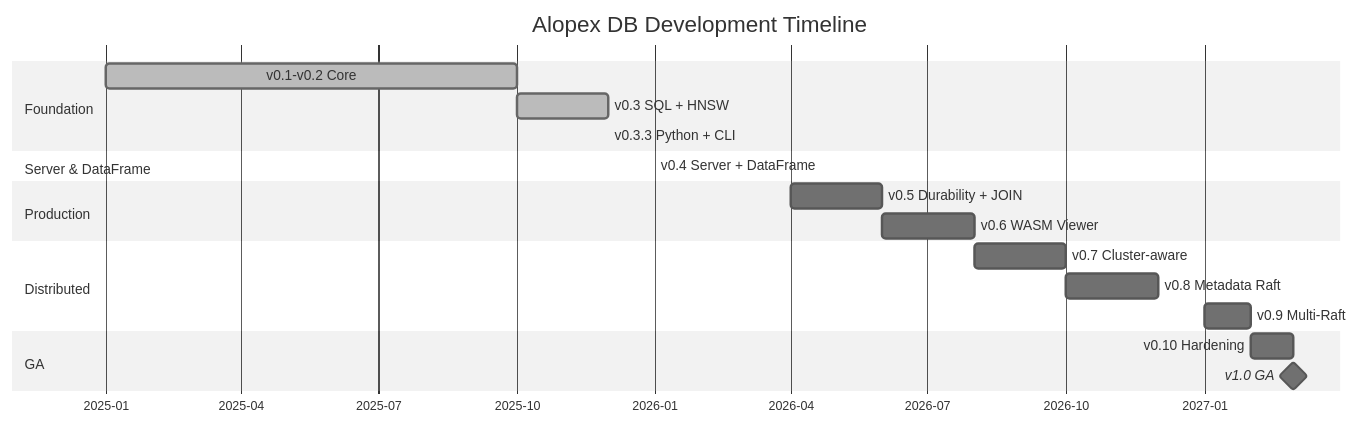
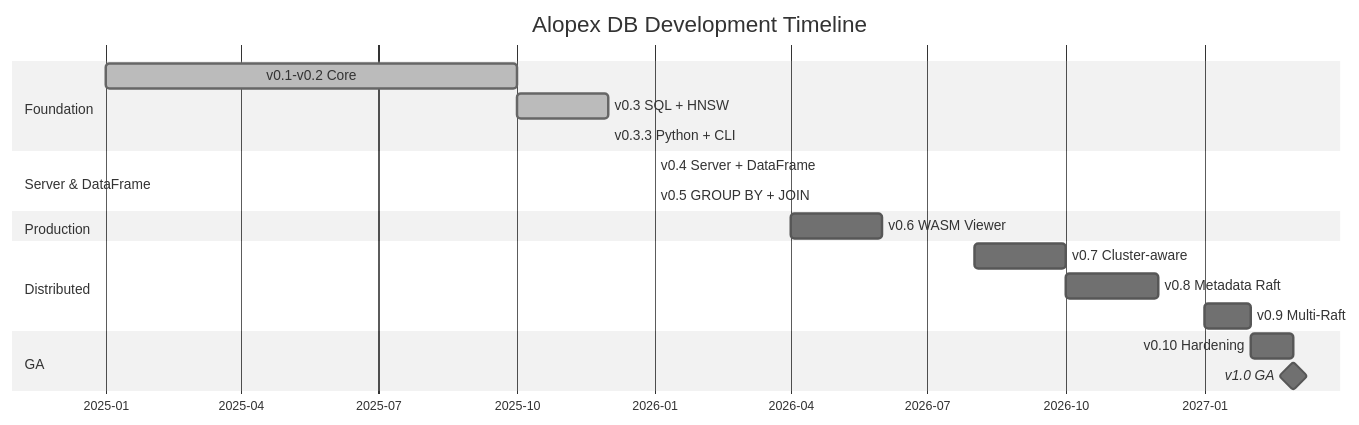
One commit to alopex-db/alopex-db.github.io changed the diagram in docs/roadmap.md. Above: the diagram before and after it, drawn with Mermaid (neutral theme). The commit also changed other lines of this file, not shown here.

First line of the commit message:
Update roadmap: mark v0.5.0 as released

````diff
--- a/docs/roadmap.md
+++ b/docs/roadmap.md
@@ -30,27 +30,27 @@
 ```mermaid
 gantt
     title Alopex DB Development Timeline
     dateFormat  YYYY-MM
     axisFormat  %Y-%m
 
     section Foundation
     v0.1-v0.2 Core          :done, 2025-01, 2025-10
     v0.3 SQL + HNSW         :done, 2025-10, 2025-12
     v0.3.3 Python + CLI     :done, 2025-12, 2025-12
 
     section Server & DataFrame
     v0.4 Server + DataFrame :done, 2026-01, 2026-01
+    v0.5 GROUP BY + JOIN    :done, 2026-01, 2026-01
 
     section Production
-    v0.5 Durability + JOIN  :2026-04, 2026-06
-    v0.6 WASM Viewer        :2026-06, 2026-08
+    v0.6 WASM Viewer        :2026-04, 2026-06
 
     section Distributed
     v0.7 Cluster-aware      :2026-08, 2026-10
     v0.8 Metadata Raft      :2026-10, 2026-12
     v0.9 Multi-Raft         :2027-01, 2027-02
 
     section GA
     v0.10 Hardening         :2027-02, 2027-03
     v1.0 GA                 :milestone, 2027-03, 0d
 ```
````
